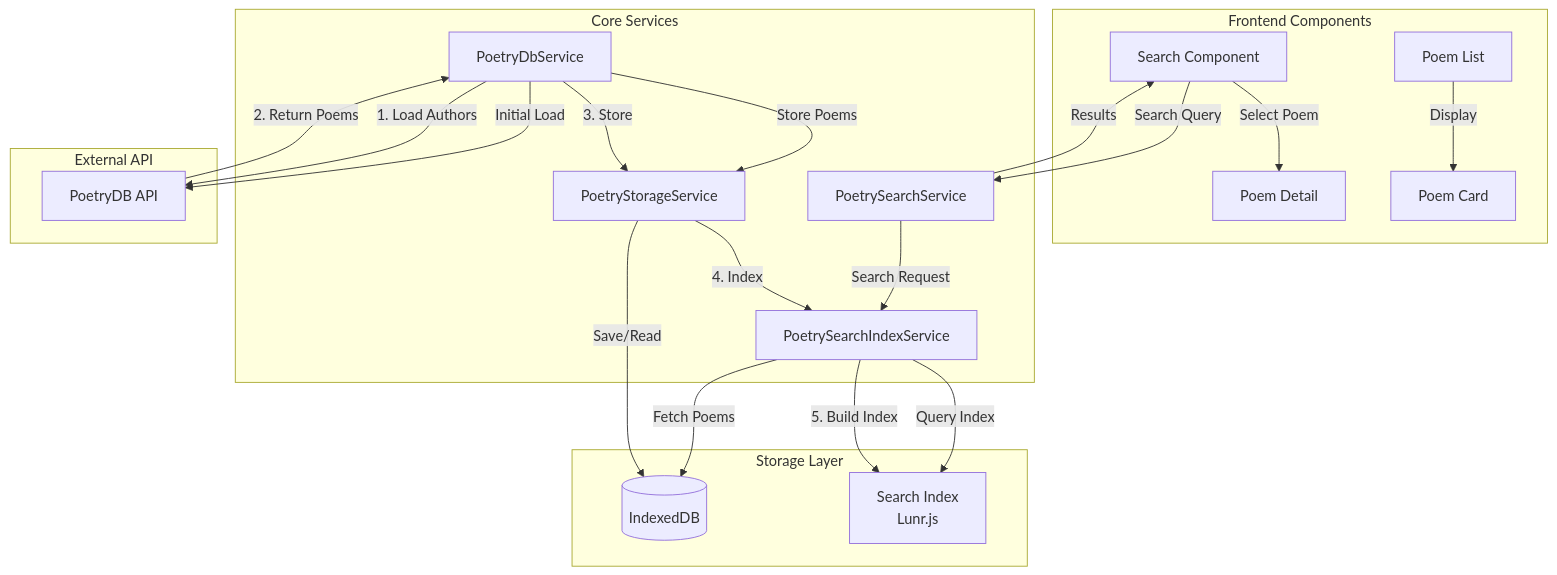
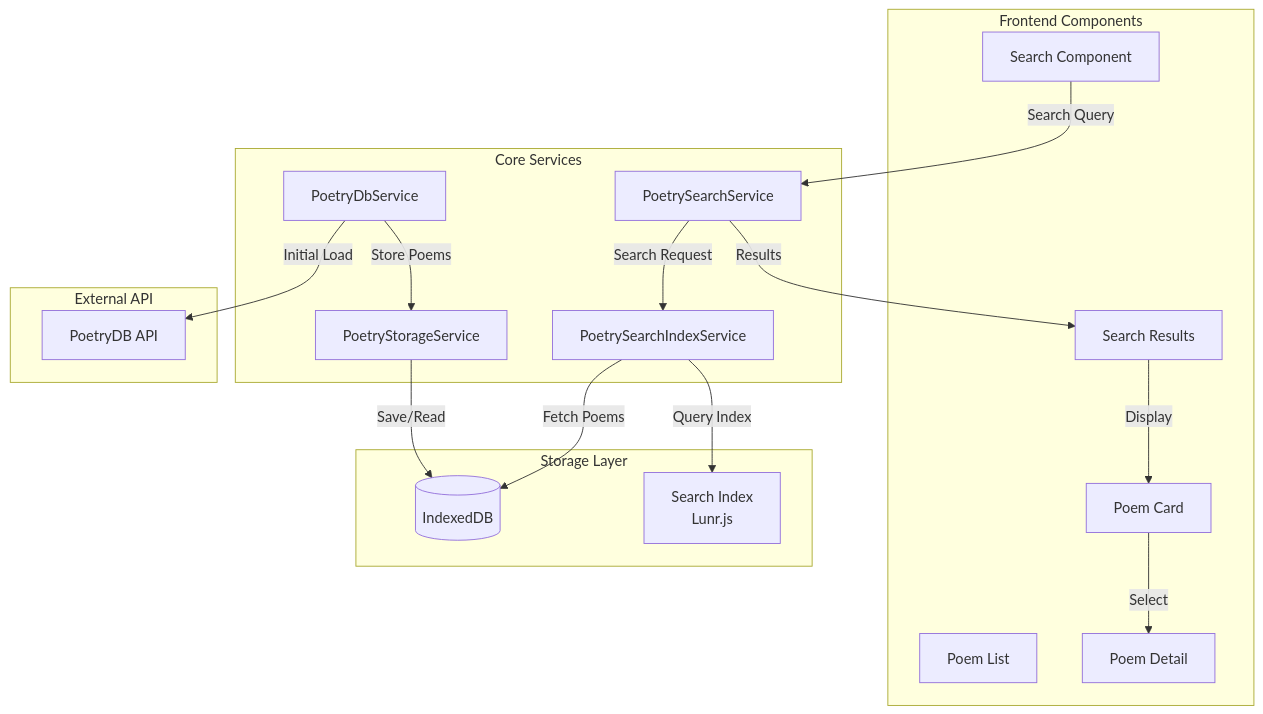
The first of 2 diagrams in src/docs/architecture.md (jfornear/the-poet), drawn with Mermaid before and after one commit. The commit also changed other lines of this file and 3 other files, not shown here.

````diff
--- a/src/docs/architecture.md
+++ b/src/docs/architecture.md
@@ -7,46 +7,40 @@
 ```mermaid
 graph TD
     subgraph "Frontend Components"
         SC["Search Component"]
+        SR["Search Results"]
         PL["Poem List"]
         PD["Poem Detail"]
         PC["Poem Card"]
     end
 
     subgraph "Core Services"
         PS["PoetrySearchService"]
         PSI["PoetrySearchIndexService"]
         PDB["PoetryDbService"]
         PST["PoetryStorageService"]
     end
 
     subgraph "Storage Layer"
         IDB[(IndexedDB)]
         SI["Search Index<br/>Lunr.js"]
     end
 
     subgraph "External API"
         PAPI["PoetryDB API"]
     end
 
     %% Data Flow
     SC -->|"Search Query"| PS
     PS -->|"Search Request"| PSI
     PSI -->|"Query Index"| SI
     PSI -->|"Fetch Poems"| IDB
     
     PDB -->|"Initial Load"| PAPI
     PDB -->|"Store Poems"| PST
     PST -->|"Save/Read"| IDB
     
-    PS -->|"Results"| SC
-    SC -->|"Select Poem"| PD
-    PL -->|"Display"| PC
-
-    %% Initialization Flow
-    PDB -->|"1. Load Authors"| PAPI
-    PAPI -->|"2. Return Poems"| PDB
-    PDB -->|"3. Store"| PST
-    PST -->|"4. Index"| PSI
-    PSI -->|"5. Build Index"| SI
+    PS -->|"Results"| SR
+    SR -->|"Display"| PC
+    PC -->|"Select"| PD
 ```
````
